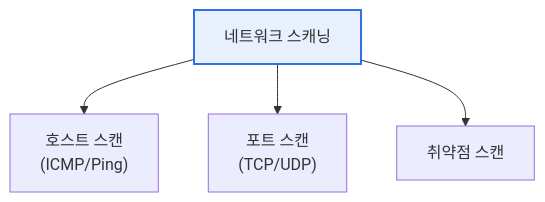
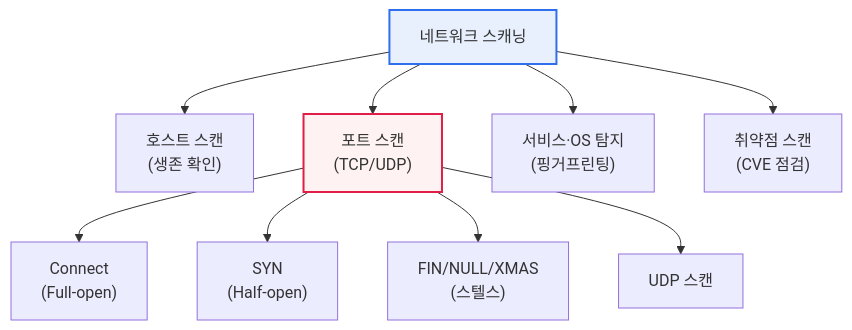
One commit to coninggu/wjdqhrhksflrltnftk changed the second of 2 diagrams in content/network-scanning.md. Above: the diagram before and after it, drawn with Mermaid. The commit also changed other lines of this file and 3 other files, not shown here.

First line of the commit message:
Deepen 네트워크 스캐닝(Network Scanning), 랜섬웨어와 RaaS (auto)

````diff
--- a/content/network-scanning.md
+++ b/content/network-scanning.md
@@ -20,7 +47,13 @@
 ```mermaid
 flowchart TB
-  S[네트워크 스캐닝] --> H["호스트 스캔<br/>(ICMP/Ping)"]
+  S[네트워크 스캐닝] --> H["호스트 스캔<br/>(생존 확인)"]
   S --> P["포트 스캔<br/>(TCP/UDP)"]
-  S --> V["취약점 스캔"]
+  S --> O["서비스·OS 탐지<br/>(핑거프린팅)"]
+  S --> V["취약점 스캔<br/>(CVE 점검)"]
+  P --> P1["Connect<br/>(Full-open)"]
+  P --> P2["SYN<br/>(Half-open)"]
+  P --> P3["FIN/NULL/XMAS<br/>(스텔스)"]
+  P --> P4["UDP 스캔"]
   style S fill:#e8f0fe,stroke:#2f6fed,stroke-width:2px
+  style P fill:#fef3f2,stroke:#e11d48,stroke-width:2px
 ```
````
